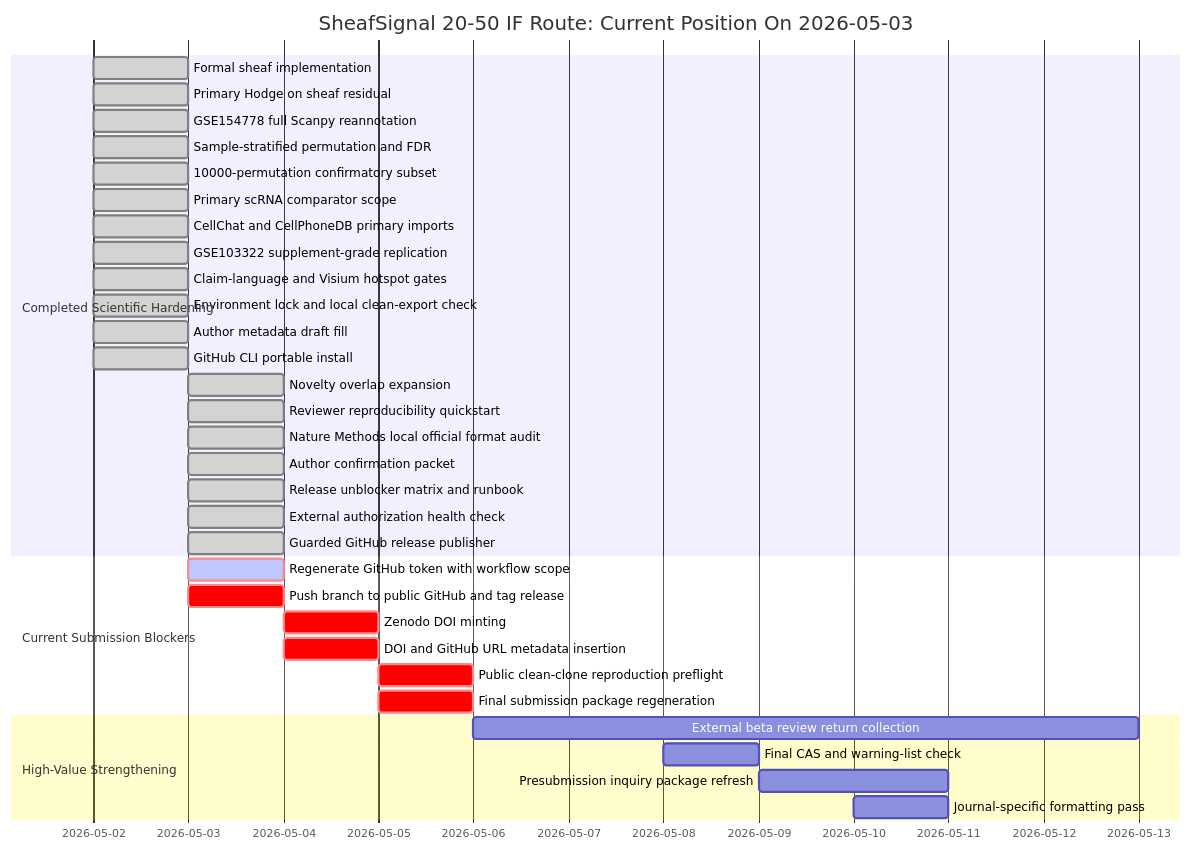
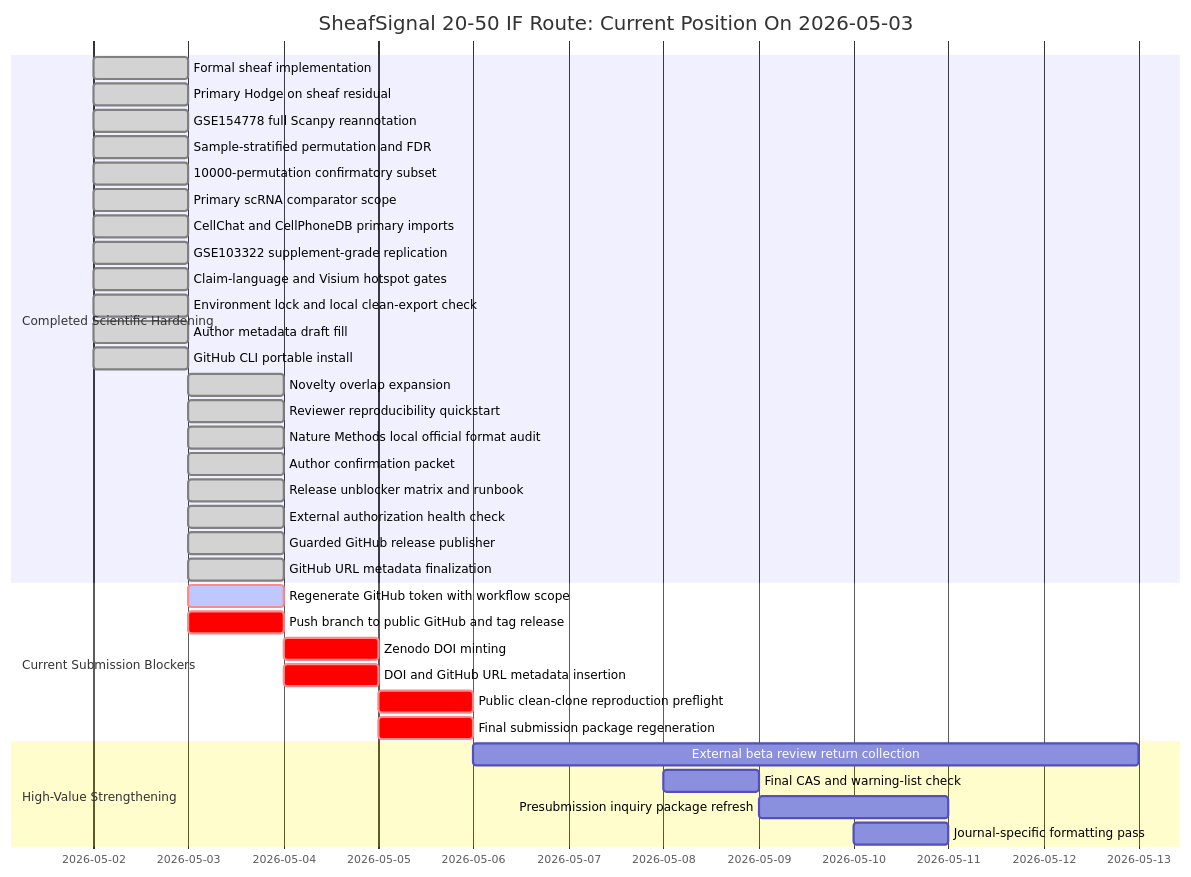
The diagram in manuscript/SHEAFSIGNAL_STATUS_DASHBOARD_2026-05-03.md (healthgreat/SheafSignal), drawn with Mermaid before and after one commit. The commit also changed other lines of this file and 18 other files, not shown here.

Commit message:
Finalize GitHub repository URL metadata

````diff
--- a/manuscript/SHEAFSIGNAL_STATUS_DASHBOARD_2026-05-03.md
+++ b/manuscript/SHEAFSIGNAL_STATUS_DASHBOARD_2026-05-03.md
@@ -111,40 +115,41 @@
 ```mermaid
 gantt
     title SheafSignal 20-50 IF Route: Current Position On 2026-05-03
     dateFormat  YYYY-MM-DD
 
     section Completed Scientific Hardening
     Formal sheaf implementation                    :done, 2026-05-02, 1d
     Primary Hodge on sheaf residual                :done, 2026-05-02, 1d
     GSE154778 full Scanpy reannotation             :done, 2026-05-02, 1d
     Sample-stratified permutation and FDR          :done, 2026-05-02, 1d
     10000-permutation confirmatory subset          :done, 2026-05-02, 1d
     Primary scRNA comparator scope                 :done, 2026-05-02, 1d
     CellChat and CellPhoneDB primary imports       :done, 2026-05-02, 1d
     GSE103322 supplement-grade replication         :done, 2026-05-02, 1d
     Claim-language and Visium hotspot gates        :done, 2026-05-02, 1d
     Environment lock and local clean-export check  :done, 2026-05-02, 1d
     Author metadata draft fill                     :done, 2026-05-02, 1d
     GitHub CLI portable install                    :done, 2026-05-02, 1d
     Novelty overlap expansion                      :done, 2026-05-03, 1d
     Reviewer reproducibility quickstart            :done, 2026-05-03, 1d
     Nature Methods local official format audit     :done, 2026-05-03, 1d
     Author confirmation packet                     :done, 2026-05-03, 1d
     Release unblocker matrix and runbook           :done, 2026-05-03, 1d
     External authorization health check            :done, 2026-05-03, 1d
     Guarded GitHub release publisher              :done, 2026-05-03, 1d
+    GitHub URL metadata finalization               :done, 2026-05-03, 1d
 
     section Current Submission Blockers
     Regenerate GitHub token with workflow scope    :crit, active, 2026-05-03, 1d
     Push branch to public GitHub and tag release   :crit, 2026-05-03, 1d
     Zenodo DOI minting                             :crit, 2026-05-04, 1d
     DOI and GitHub URL metadata insertion          :crit, 2026-05-04, 1d
     Public clean-clone reproduction preflight      :crit, 2026-05-05, 1d
     Final submission package regeneration          :crit, 2026-05-05, 1d
 
     section High-Value Strengthening
     External beta review return collection         :2026-05-06, 7d
     Final CAS and warning-list check               :2026-05-08, 1d
     Presubmission inquiry package refresh          :2026-05-09, 2d
     Journal-specific formatting pass               :2026-05-10, 1d
 ```
````
